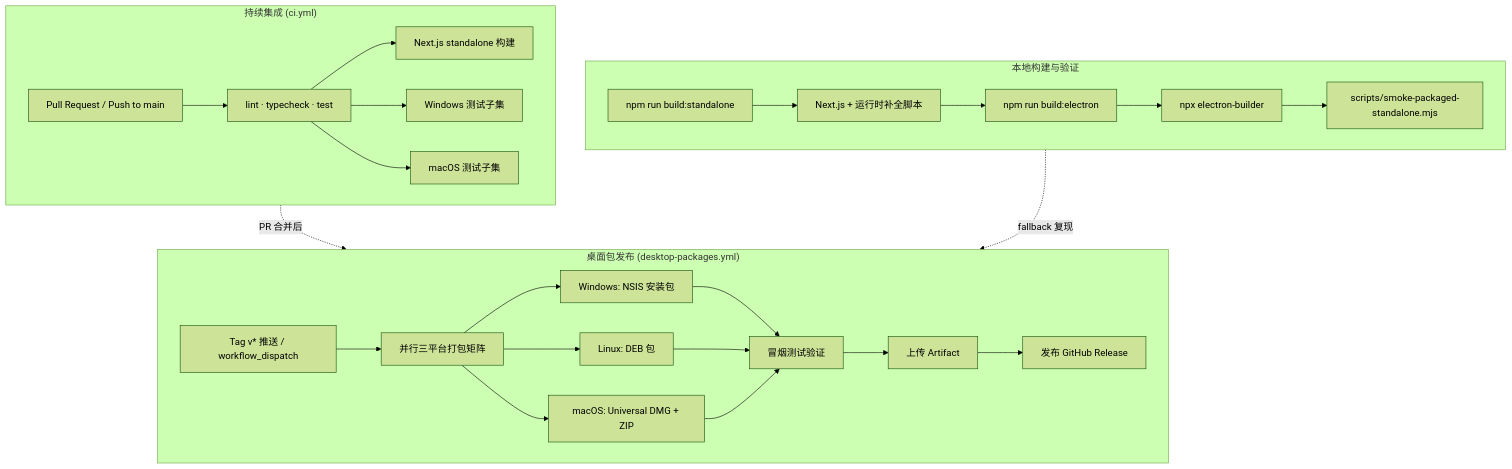
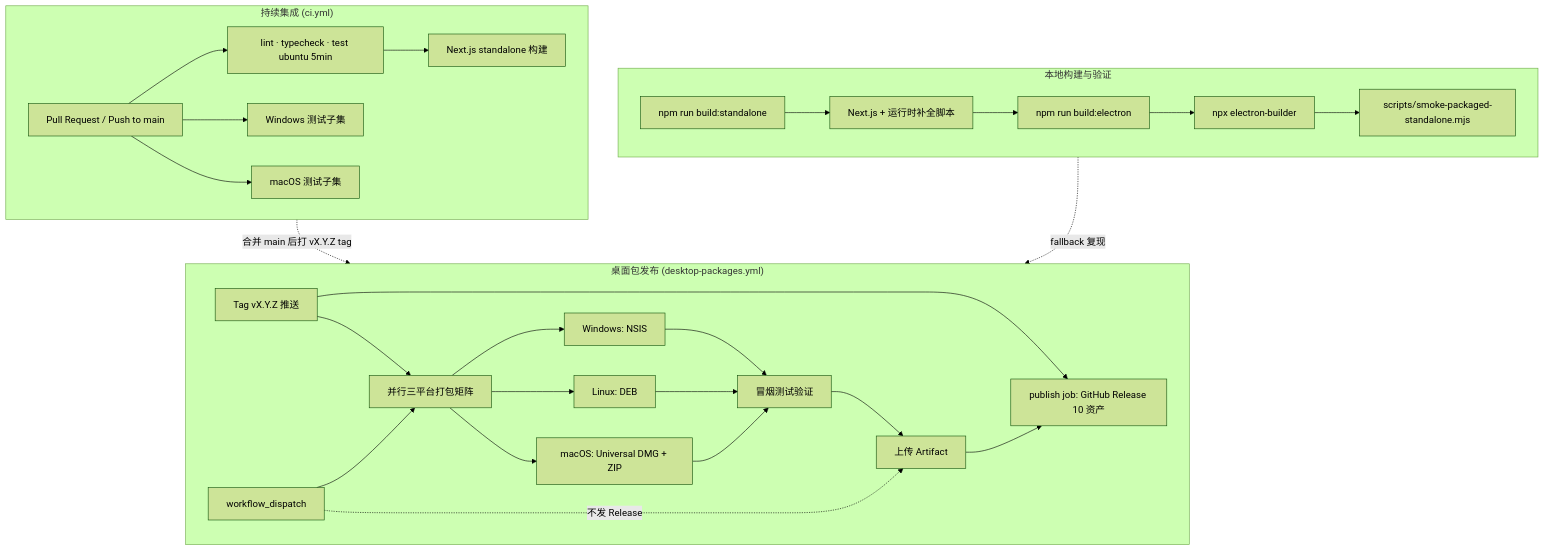
The first of 4 diagrams in .zread/wiki/versions/2026-10-06-001245/28-ci-cd-liu-shui-xian-yu-san-ping-tai-zhuo-mian-bao-fa-bu.md (Chasen-Liao/pi-agent-desktop), drawn with Mermaid (forest theme) before and after one commit. The commit also changed other lines of this file and 29 other files, not shown here.

First line of the commit message:
docs(wiki): align zread wiki with main architecture

````diff
--- a/.zread/wiki/versions/2026-10-06-001245/28-ci-cd-liu-shui-xian-yu-san-ping-tai-zhuo-mian-bao-fa-bu.md
+++ b/.zread/wiki/versions/2026-10-06-001245/28-ci-cd-liu-shui-xian-yu-san-ping-tai-zhuo-mian-bao-fa-bu.md
@@ -7,29 +7,32 @@
 ```mermaid
 flowchart TD
     subgraph CI["持续集成 (ci.yml)"]
-        A1[Pull Request / Push to main] --> A2[lint · typecheck · test]
+        A1[Pull Request / Push to main] --> A2[lint · typecheck · test ubuntu 5min]
+        A1 --> A4[Windows 测试子集]
+        A1 --> A5[macOS 测试子集]
         A2 --> A3[Next.js standalone 构建]
-        A2 --> A4[Windows 测试子集]
-        A2 --> A5[macOS 测试子集]
     end
 
     subgraph CD["桌面包发布 (desktop-packages.yml)"]
-        B1[Tag v* 推送 / workflow_dispatch] --> B2[并行三平台打包矩阵]
-        B2 --> B3[Windows: NSIS 安装包]
-        B2 --> B4[Linux: DEB 包]
+        B1[Tag vX.Y.Z 推送] --> B2[并行三平台打包矩阵]
+        B0[workflow_dispatch] --> B2
+        B2 --> B3[Windows: NSIS]
+        B2 --> B4[Linux: DEB]
         B2 --> B5[macOS: Universal DMG + ZIP]
         B3 & B4 & B5 --> B6[冒烟测试验证]
         B6 --> B7[上传 Artifact]
-        B7 --> B8[发布 GitHub Release]
+        B1 --> B8[publish job: GitHub Release 10 资产]
+        B7 --> B8
+        B0 -.->|不发 Release| B7
     end
 
     subgraph Local["本地构建与验证"]
         C1[npm run build:standalone] --> C2[Next.js + 运行时补全脚本]
         C2 --> C3[npm run build:electron]
         C3 --> C4[npx electron-builder]
         C4 --> C5[scripts/smoke-packaged-standalone.mjs]
     end
 
-    CI -.->|PR 合并后| CD
+    CI -.->|合并 main 后打 vX.Y.Z tag| CD
     Local -.->|fallback 复现| CD
 ```
````
